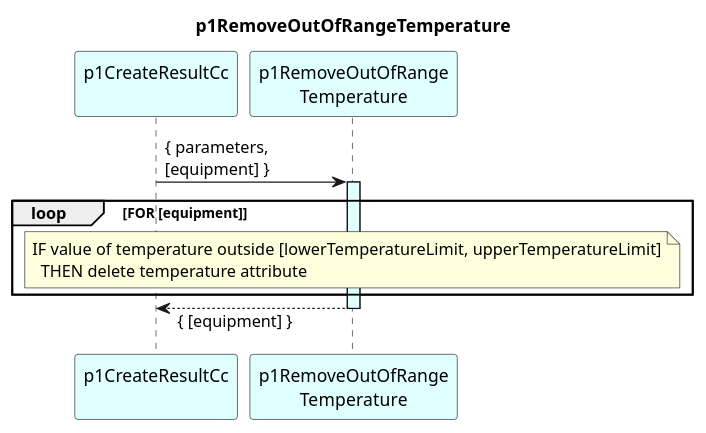
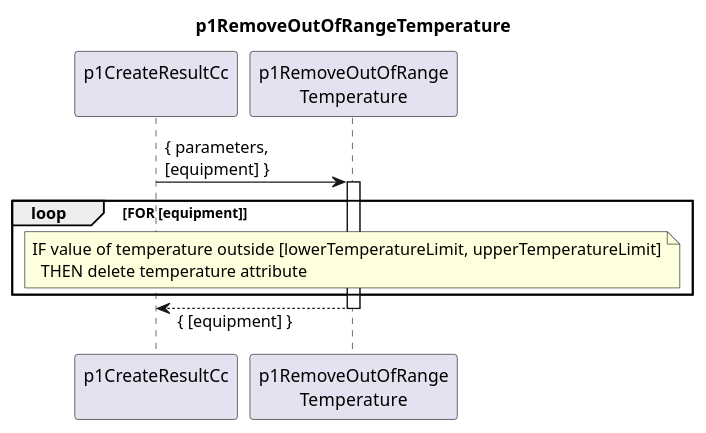
Before and after one commit to openBackhaul/DevicePerformanceManagementDataProcessor: the diagram in spec/Functions/p1StreamPmData/p1ProcessDevice/p1CreateResultCc/p1RemoveOutOfRangeTemperature/1.0.0/p1RemoveOutOfRangeTemperature.plantuml, drawn with PlantUML. The commit also changed 16 other files, not shown here.

Commit message:
Down version p1CreateResultCc, remove ### Ramarks from readmes

```diff
--- a/spec/Functions/p1StreamPmData/p1ProcessDevice/p1CreateResultCc/p1RemoveOutOfRangeTemperature/1.0.0/p1RemoveOutOfRangeTemperature.plantuml
+++ b/spec/Functions/p1StreamPmData/p1ProcessDevice/p1CreateResultCc/p1RemoveOutOfRangeTemperature/1.0.0/p1RemoveOutOfRangeTemperature.plantuml
@@ -1,27 +1,27 @@
 @startuml p1RemoveOutOfRangeTemperature
 skinparam responseMessageBelowArrow true
 
 title
   p1RemoveOutOfRangeTemperature
 end title
 
-participant "p1CreateResultCc\n" as requestor #LightCyan
-participant "p1RemoveOutOfRange\nTemperature" as removeTemp #LightCyan
+participant "p1CreateResultCc\n" as requestor
+participant "p1RemoveOutOfRange\nTemperature" as removeTemp
 
 
   requestor -> removeTemp : { parameters,\n[equipment] }
-  activate removeTemp #LightCyan
+  activate removeTemp
 
     loop FOR [equipment]
 
       note over removeTemp
         IF value of temperature outside [lowerTemperatureLimit, upperTemperatureLimit]
           THEN delete temperature attribute
       end note
 
     end loop
 
   requestor <-- removeTemp: { [equipment] }
   deactivate removeTemp
 
 @enduml
```
